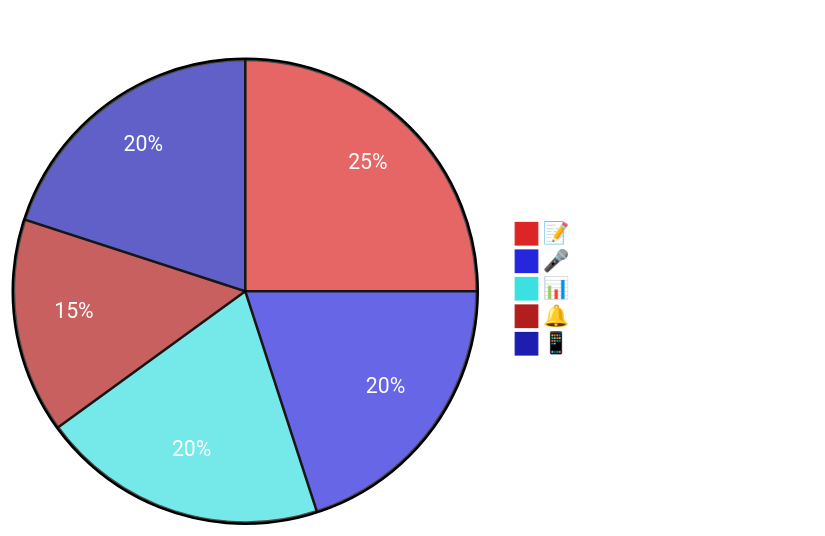
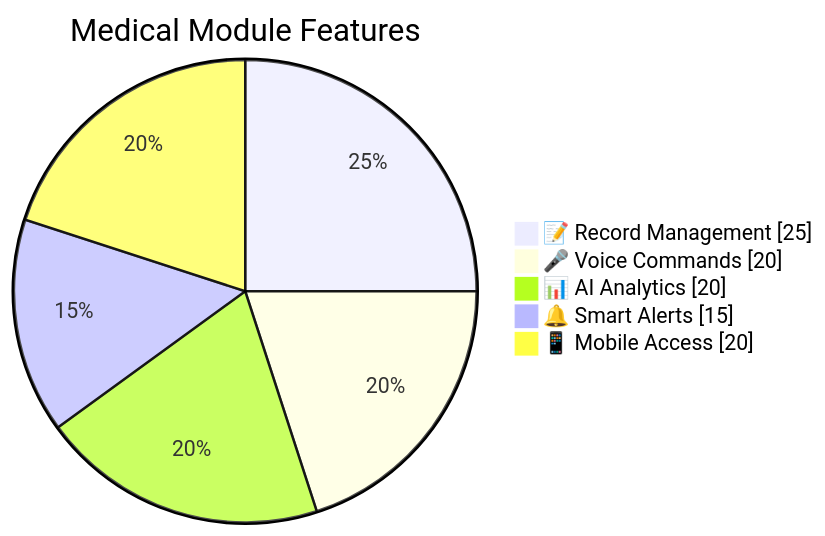
The fifth of 10 diagrams in README.md (AARVAK-VSET/campus-flow), drawn with Mermaid before and after one commit. The commit also changed other lines of this file, not shown here.

Commit message:
fix(docs): format mermaid diagrams for GitHub markdown rendering compatibility

````diff
--- a/README.md
+++ b/README.md
@@ -333,20 +247,9 @@
 ```mermaid
-%%{init: {
-  'theme': 'base',
-  'themeVariables': {
-    'primaryColor': '#dc2626',
-    'primaryTextColor': '#ffffff',
-    'primaryBorderColor': '#991b1b',
-    'lineColor': '#fbbf24',
-    'sectionBkgColor': '#1e293b',
-    'altSectionBkgColor': '#334155'
-  }
-}}%%
 pie showData
     title Medical Module Features
     "📝 Record Management" : 25
     "🎤 Voice Commands" : 20
     "📊 AI Analytics" : 20
     "🔔 Smart Alerts" : 15
     "📱 Mobile Access" : 20
 ```
````
